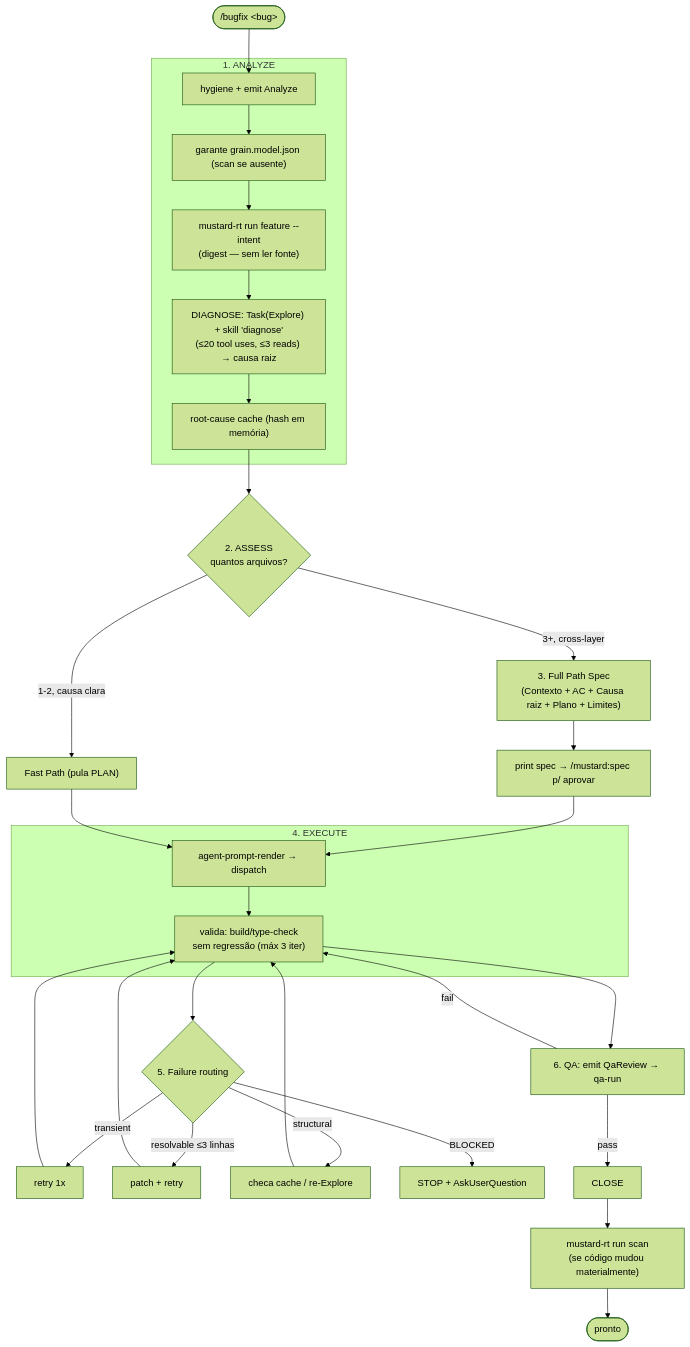
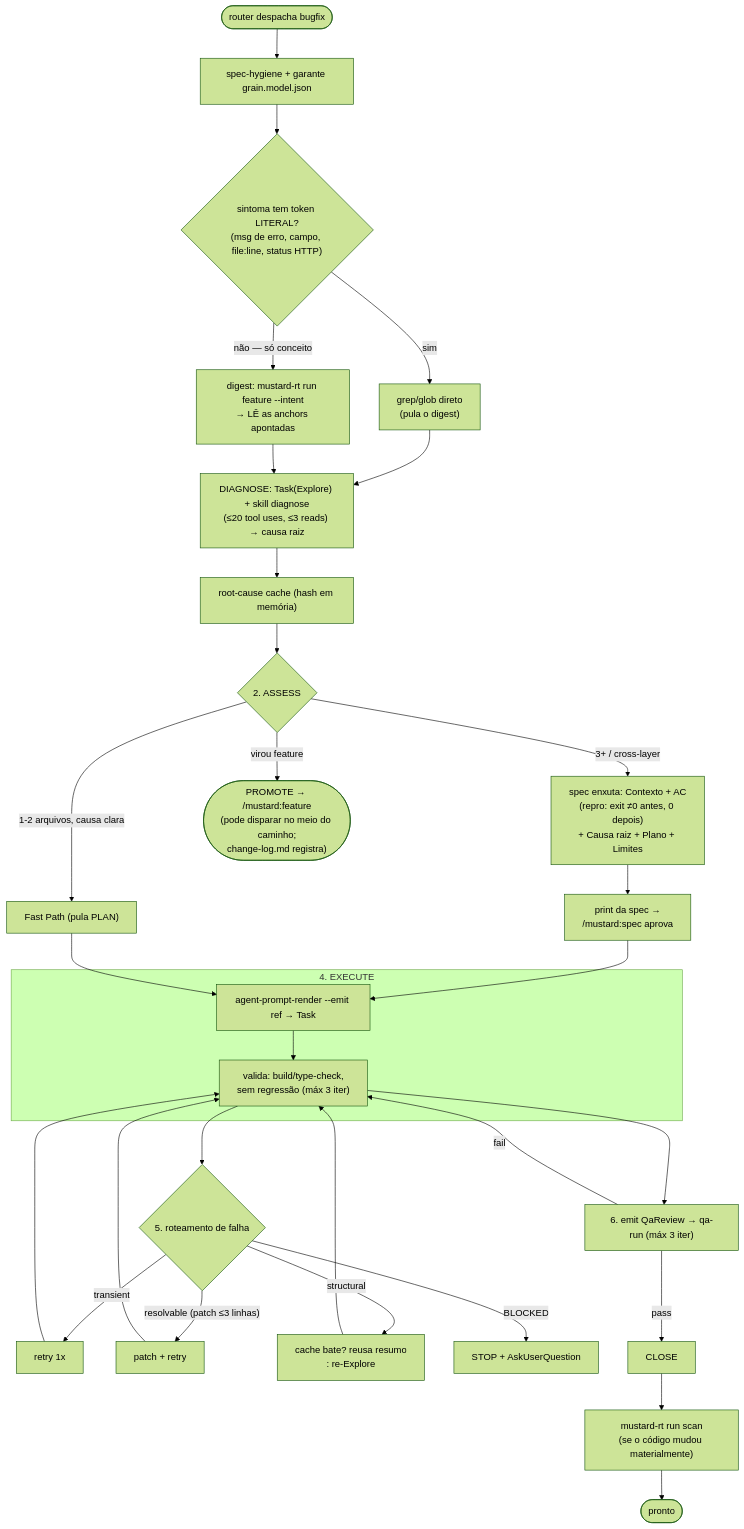
One commit to rubensrpj/mustard changed the sixth of 20 diagrams in MUSTARD-COMMANDS.md. Above: the diagram before and after it, drawn with Mermaid (forest theme). The commit also changed other lines of this file and 35 other files, not shown here.

````diff
--- a/MUSTARD-COMMANDS.md
+++ b/MUSTARD-COMMANDS.md
@@ -166,37 +214,34 @@
 ```mermaid
 flowchart TD
-    start(["/bugfix &lt;bug&gt;"]) --> hyg["hygiene + emit Analyze"]
+    start(["router despacha bugfix"]) --> hyg["spec-hygiene + garante grain.model.json"]
+    hyg --> triage{"sintoma tem token LITERAL?<br/>(msg de erro, campo, file:line, status HTTP)"}
+    triage -->|sim| grep["grep/glob direto<br/>(pula o digest)"]
+    triage -->|"não — só conceito"| dig["digest: mustard-rt run feature --intent<br/>→ LÊ as anchors apontadas"]
+    grep --> diag["DIAGNOSE: Task(Explore) + skill diagnose<br/>(≤20 tool uses, ≤3 reads) → causa raiz"]
+    dig --> diag
+    diag --> cache["root-cause cache (hash em memória)"]
 
-    subgraph an["1. ANALYZE"]
-        hyg --> ensure["garante grain.model.json (scan se ausente)"]
-        ensure --> research["mustard-rt run feature --intent<br/>(digest — sem ler fonte)"]
-        research --> diag["DIAGNOSE: Task(Explore) + skill 'diagnose'<br/>(≤20 tool uses, ≤3 reads) → causa raiz"]
-        diag --> cache["root-cause cache (hash em memória)"]
-    end
-
-    cache --> assess{"2. ASSESS<br/>quantos arquivos?"}
-    assess -->|"1-2, causa clara"| fast["Fast Path (pula PLAN)"]
-    assess -->|"3+, cross-layer"| full["3. Full Path Spec<br/>(Contexto + AC + Causa raiz + Plano + Limites)"]
-    full --> approve["print spec → /mustard:spec p/ aprovar"]
-    approve --> exec
+    cache --> assess{"2. ASSESS"}
+    assess -->|"1-2 arquivos, causa clara"| fast["Fast Path (pula PLAN)"]
+    assess -->|"3+ / cross-layer"| full["spec enxuta: Contexto + AC<br/>(repro: exit ≠0 antes, 0 depois)<br/>+ Causa raiz + Plano + Limites"]
+    assess -->|"virou feature"| promote(["PROMOTE → /mustard:feature<br/>(pode disparar no meio do caminho;<br/>change-log.md registra)"])
+    full --> appr["print da spec →<br/>/mustard:spec aprova"]
+    appr --> exec
     fast --> exec
 
     subgraph ex["4. EXECUTE"]
-        exec["agent-prompt-render → dispatch"] --> validate["valida: build/type-check<br/>sem regressão (máx 3 iter)"]
+        exec["agent-prompt-render --emit ref → Task"] --> validate["valida: build/type-check,<br/>sem regressão (máx 3 iter)"]
     end
 
-    validate --> route{"5. Failure routing"}
-    route -->|"transient"| retry["retry 1x"]
-    route -->|"resolvable ≤3 linhas"| patch["patch + retry"]
-    route -->|"structural"| reexp["checa cache / re-Explore"]
-    route -->|"BLOCKED"| blocked["STOP + AskUserQuestion"]
-    retry --> validate
-    patch --> validate
-    reexp --> validate
+    validate --> routef{"5. roteamento de falha"}
+    routef -->|transient| retry["retry 1x"] --> validate
+    routef -->|"resolvable (patch ≤3 linhas)"| patch["patch + retry"] --> validate
+    routef -->|structural| reexp["cache bate? reusa resumo<br/>: re-Explore"] --> validate
+    routef -->|BLOCKED| blocked["STOP + AskUserQuestion"]
 
-    validate --> qa["6. QA: emit QaReview → qa-run"]
+    validate --> qa["6. emit QaReview → qa-run (máx 3 iter)"]
     qa -->|pass| close["CLOSE"]
     qa -->|fail| validate
-    close --> rescan["mustard-rt run scan<br/>(se código mudou materialmente)"]
+    close --> rescan["mustard-rt run scan<br/>(se o código mudou materialmente)"]
     rescan --> done(["pronto"])
 ```
````
